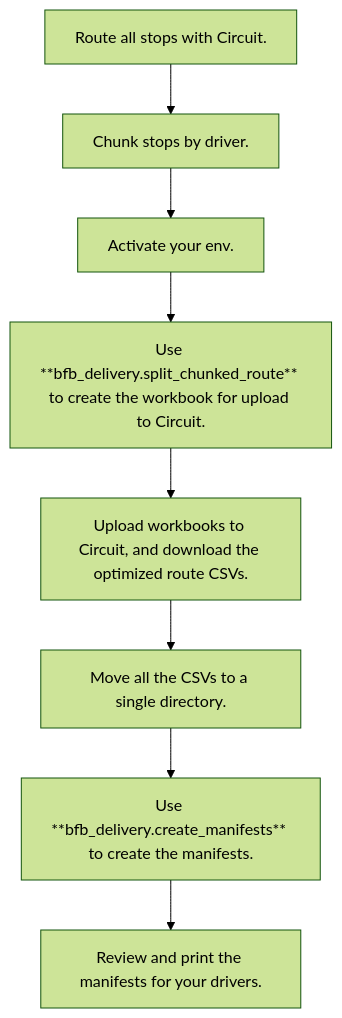
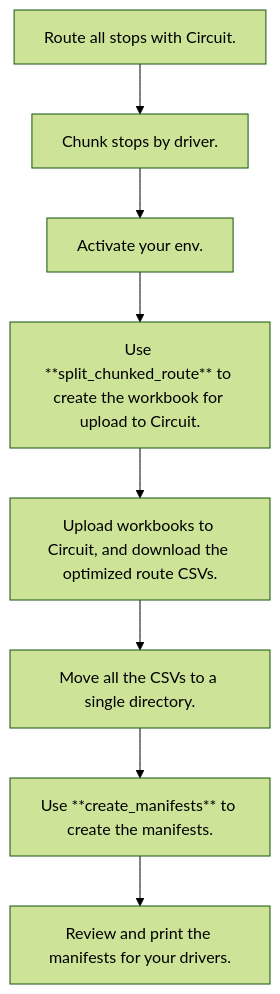
The diagram in docs/workflow.rst (crickets-and-comb/bfb_delivery), drawn with Mermaid (forest theme) before and after one commit. The commit also changed other lines of this file and 15 other files, not shown here.

```diff
--- a/docs/workflow.rst
+++ b/docs/workflow.rst
@@ -7,11 +7,11 @@
 .. mermaid::
    :caption: Delivery Planning Flowchart
 
    graph TD;
        get_long_route[Route all stops with Circuit.] --> chunk["Chunk" stops by driver.];
        chunk --> activate_env[Activate your env.];
-       activate_env --> split_chunked_route[Use **bfb_delivery.split_chunked_route** to create the workbook for upload to Circuit.];
+       activate_env --> split_chunked_route[Use **split_chunked_route** to create the workbook for upload to Circuit.];
        split_chunked_route --> upload[Upload workbooks to Circuit, and download the optimized route CSVs.];
        upload --> move_CSV[Move all the CSVs to a single directory.];
-       move_CSV --> make_manifests[Use **bfb_delivery.create_manifests** to create the manifests.];
+       move_CSV --> make_manifests[Use **create_manifests** to create the manifests.];
        make_manifests --> print[Review and print the manifests for your drivers.];
```
